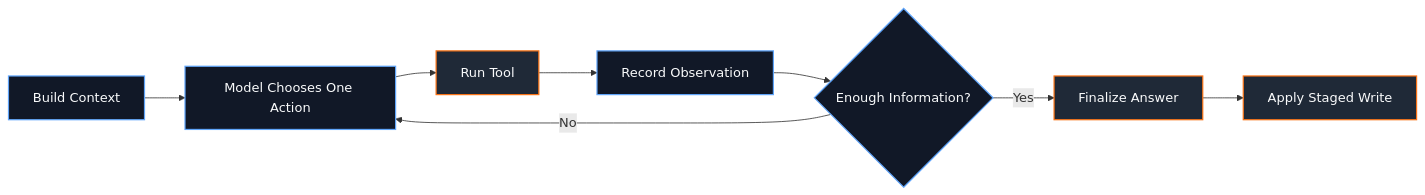
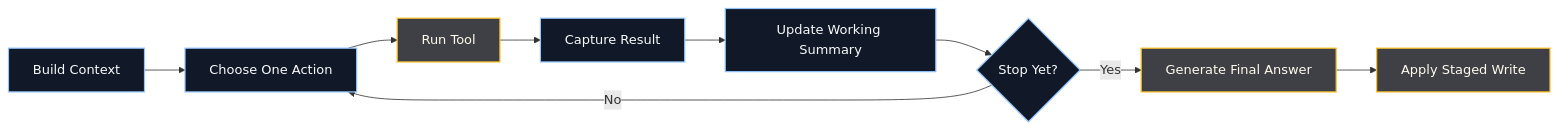
Before and after one commit to riturajFi/Tinkler: the second of 4 diagrams in README.md, drawn with Mermaid. The commit also changed other lines of this file, not shown here.

````diff
--- a/README.md
+++ b/README.md
@@ -58,16 +92,17 @@
 ```mermaid
 flowchart LR
-    A[Build Context] --> B[Model Chooses One Action]
+    A[Build Context] --> B[Choose One Action]
     B --> C[Run Tool]
-    C --> D[Record Observation]
-    D --> E{Enough Information?}
-    E -->|No| B
-    E -->|Yes| F[Finalize Answer]
-    F --> G[Apply Staged Write]
+    C --> D[Capture Result]
+    D --> E[Update Working Summary]
+    E --> F{Stop Yet?}
+    F -->|No| B
+    F -->|Yes| G[Generate Final Answer]
+    G --> H[Apply Staged Write]
 
-    classDef loop fill:#111827,stroke:#60a5fa,color:#f9fafb,stroke-width:1.5px;
-    classDef result fill:#1f2937,stroke:#f97316,color:#f9fafb,stroke-width:1.5px;
+    classDef dark fill:#111827,stroke:#93c5fd,color:#f9fafb,stroke-width:1.5px;
+    classDef accent fill:#3f3f46,stroke:#fbbf24,color:#fffbeb,stroke-width:1.5px;
 
-    class A,B,D,E loop;
-    class C,F,G result;
+    class A,B,D,E,F dark;
+    class C,G,H accent;
 ```
````
